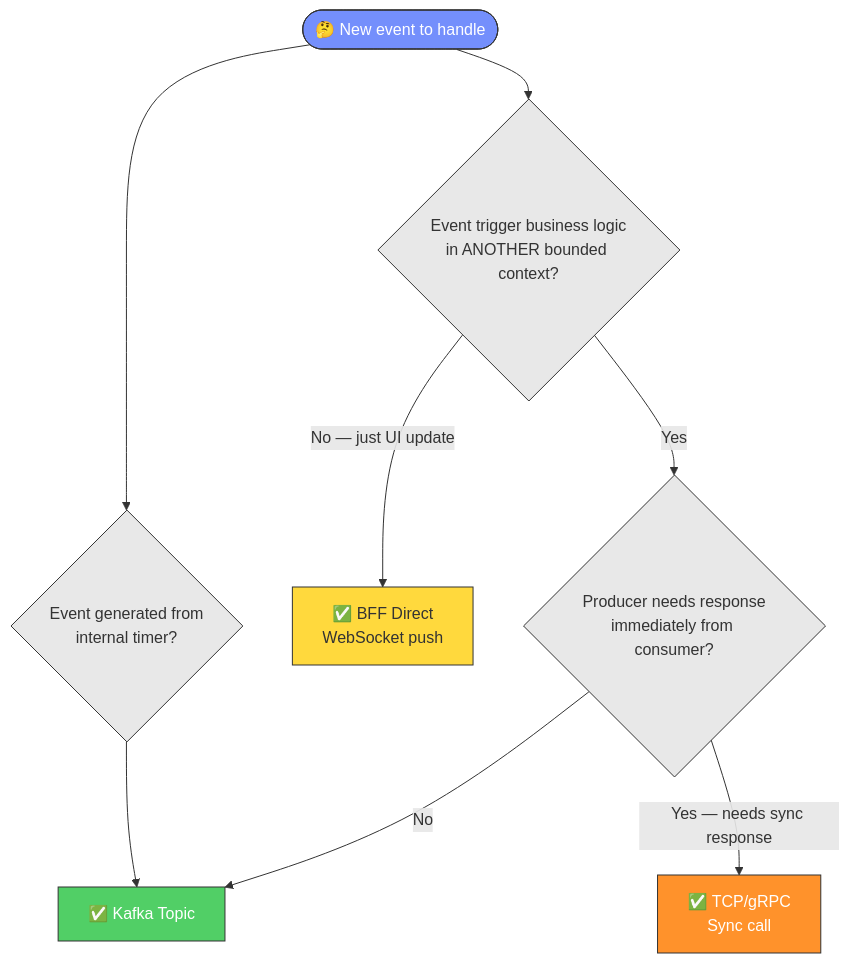
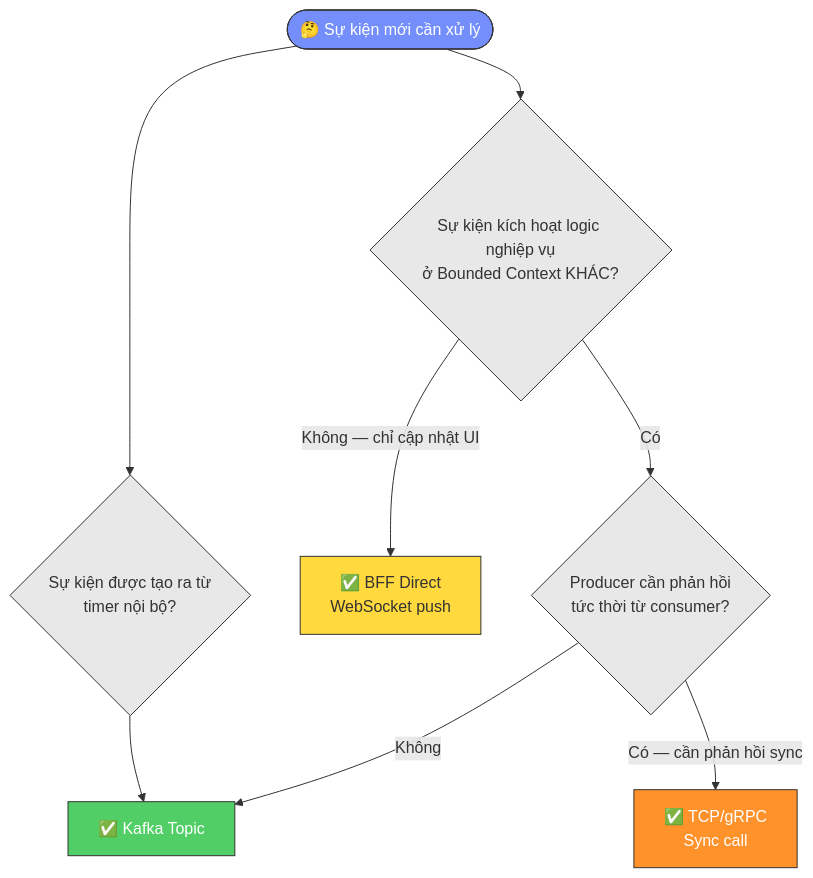
The fourth of 38 diagrams in docs/guides/kafka-qrtable.md (quan-vo-dinh/saas-pos-microservices-qrtable), drawn with Mermaid before and after one commit. The commit also changed other lines of this file and 62 other files, not shown here.

````diff
--- a/docs/guides/kafka-qrtable.md
+++ b/docs/guides/kafka-qrtable.md
@@ -153,20 +152,20 @@
 ```mermaid
 flowchart TD
-START(["🤔 New event to handle"]) --> Q1{"Event trigger business logic<br/>in ANOTHER bounded context?"}
-Q1 -->|"Yes"| Q2{"Producer needs response<br/>immediately from consumer?"}
-Q1 -->|"No — just UI update"| BFF["✅ BFF Direct<br/>WebSocket push"]
+START(["🤔 Sự kiện mới cần xử lý"]) --> Q1{"Sự kiện kích hoạt logic nghiệp vụ<br/>ở Bounded Context KHÁC?"}
+Q1 -->|"Có"| Q2{"Producer cần phản hồi<br/>tức thời từ consumer?"}
+Q1 -->|"Không — chỉ cập nhật UI"| BFF["✅ BFF Direct<br/>WebSocket push"]
 
-Q2 -->|"No"| KAFKA["✅ Kafka Topic"]
-Q2 -->|"Yes — needs sync response"| TCP["✅ TCP/gRPC<br/>Sync call"]
+Q2 -->|"Không"| KAFKA["✅ Kafka Topic"]
+Q2 -->|"Có — cần phản hồi sync"| TCP["✅ TCP/gRPC<br/>Sync call"]
 
-Q3{"Event generated from<br/>internal timer?"} --> KAFKA
+Q3{"Sự kiện được tạo ra từ<br/>timer nội bộ?"} --> KAFKA
     START --> Q3
 
     style START fill:#748ffc,stroke:#333,color:#fff
     style KAFKA fill:#51cf66,stroke:#333,color:#fff
     style BFF fill:#ffd93d,stroke:#333,color:#333
     style TCP fill:#ff922b,stroke:#333,color:#fff
     style Q1 fill:#e8e8e8,stroke:#333
     style Q2 fill:#e8e8e8,stroke:#333
     style Q3 fill:#e8e8e8,stroke:#333
 ```
````
